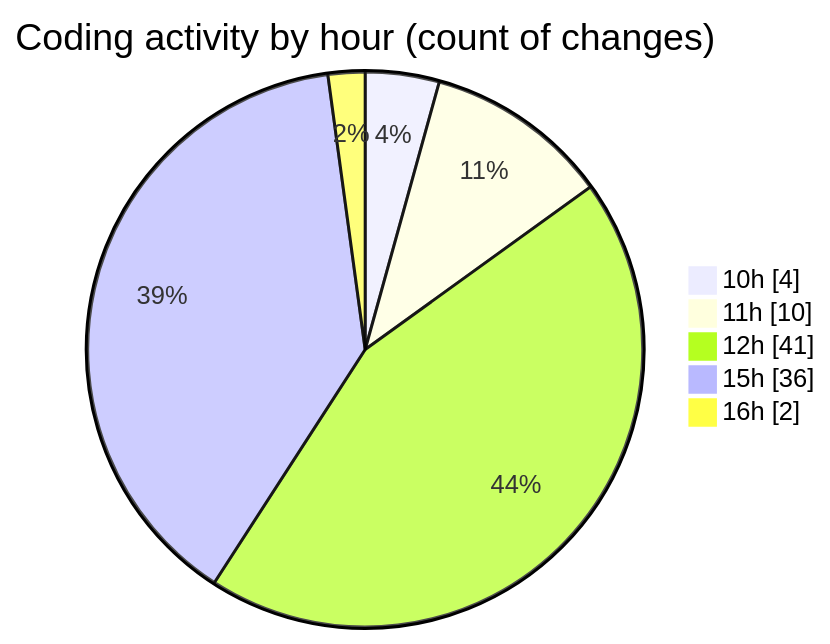
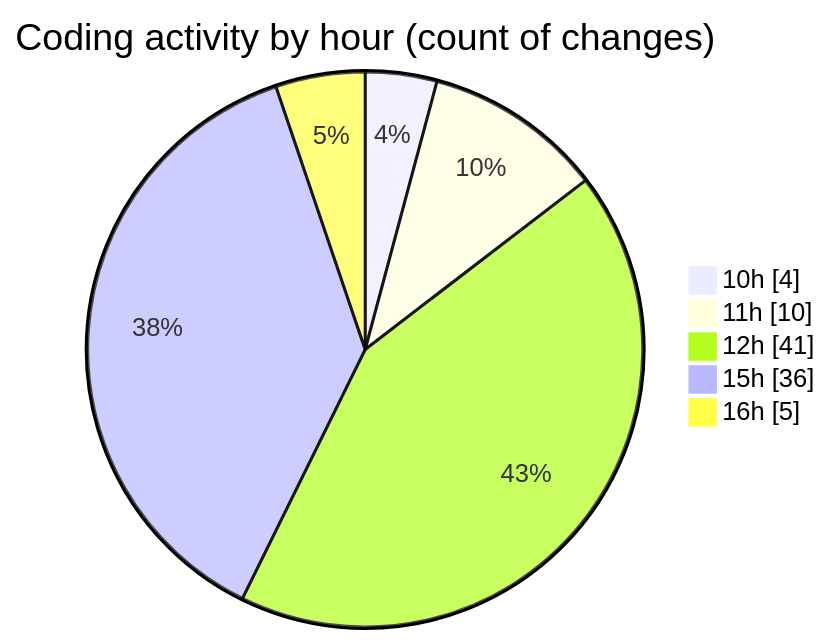
Before and after one commit to nxtqubesakshisongat/code-tracking: the second of 2 diagrams in 2026-03-05/nxtqube_webapp/README.md, drawn with Mermaid. The commit also changed other lines of this file and 1 other file, not shown here.

````diff
--- a/2026-03-05/nxtqube_webapp/README.md
+++ b/2026-03-05/nxtqube_webapp/README.md
@@ -31,9 +31,9 @@
 ```mermaid
 pie showData
 title Coding activity by hour (count of changes)
 "10h" : 4
 "11h" : 10
 "12h" : 41
 "15h" : 36
-"16h" : 2
+"16h" : 5
 ```
````
